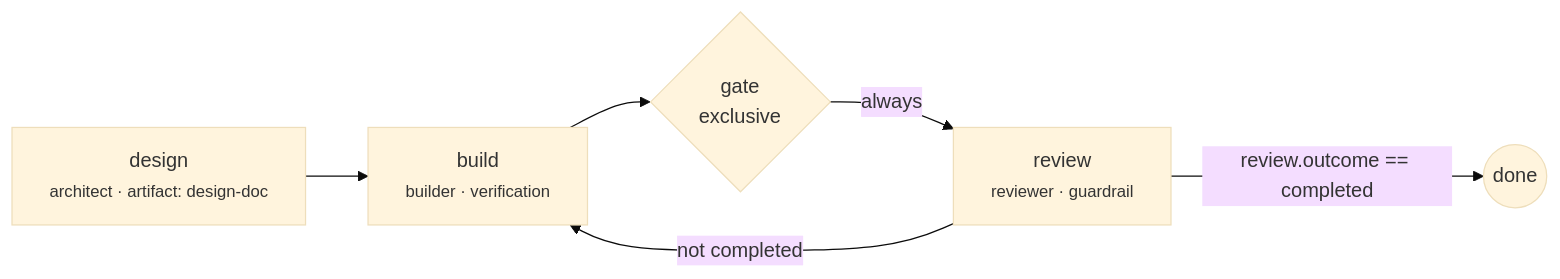
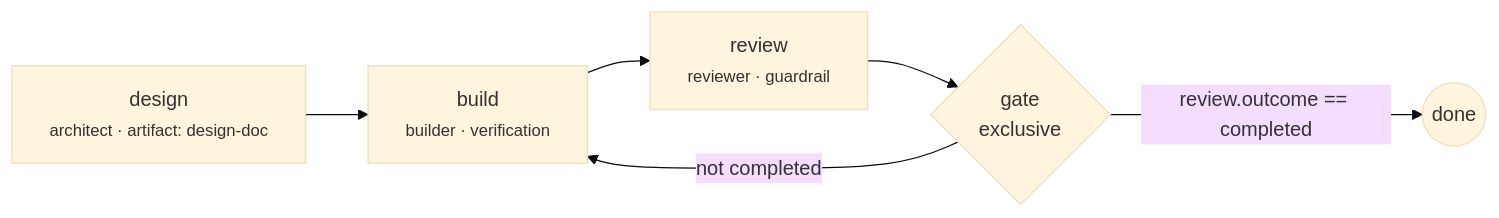
Before and after one commit to lboel/acx: the second of 2 diagrams in docs-site/docs/format/loops-cal.md, drawn with Mermaid (base theme). The commit also changed other lines of this file and 66 other files, not shown here.

````diff
--- a/docs-site/docs/format/loops-cal.md
+++ b/docs-site/docs/format/loops-cal.md
@@ -136,8 +188,8 @@
 ```mermaid
 flowchart LR
   design["design<br/><small>architect · artifact: design-doc</small>"] --> build["build<br/><small>builder · verification</small>"]
-  build --> gate{gate<br/>exclusive}
-  gate -->|always| review["review<br/><small>reviewer · guardrail</small>"]
-  review -->|"review.outcome == completed"| done(("done"))
-  review -->|"not completed"| build
+  build --> review["review<br/><small>reviewer · guardrail</small>"]
+  review --> gate{gate<br/>exclusive}
+  gate -->|"review.outcome == completed"| done(("done"))
+  gate -->|"not completed"| build
 ```
````
